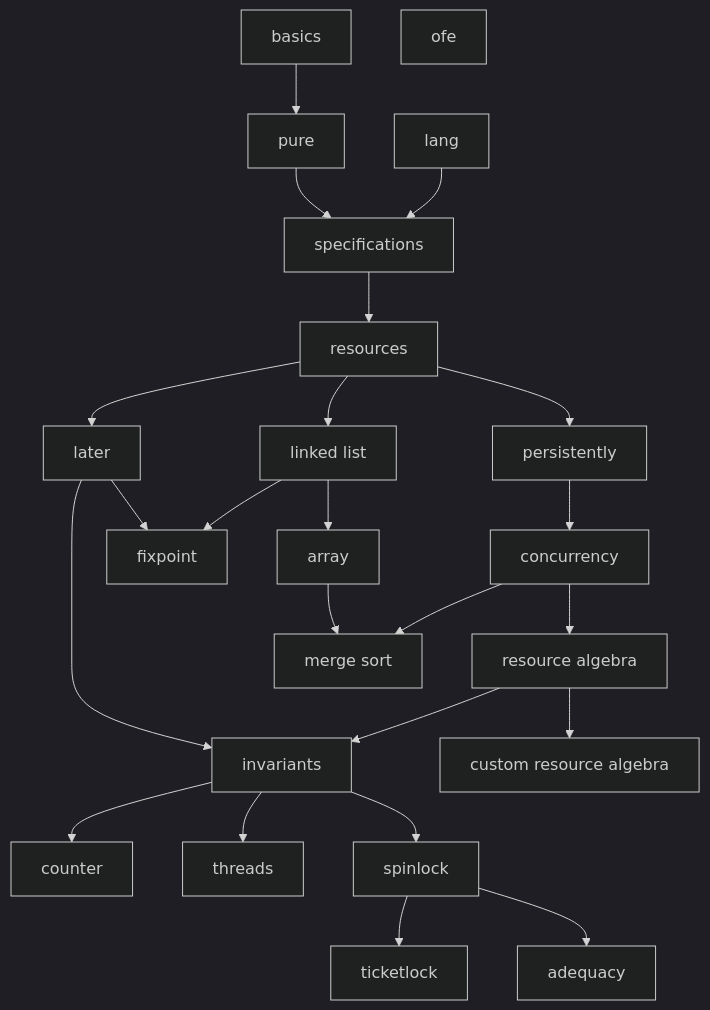
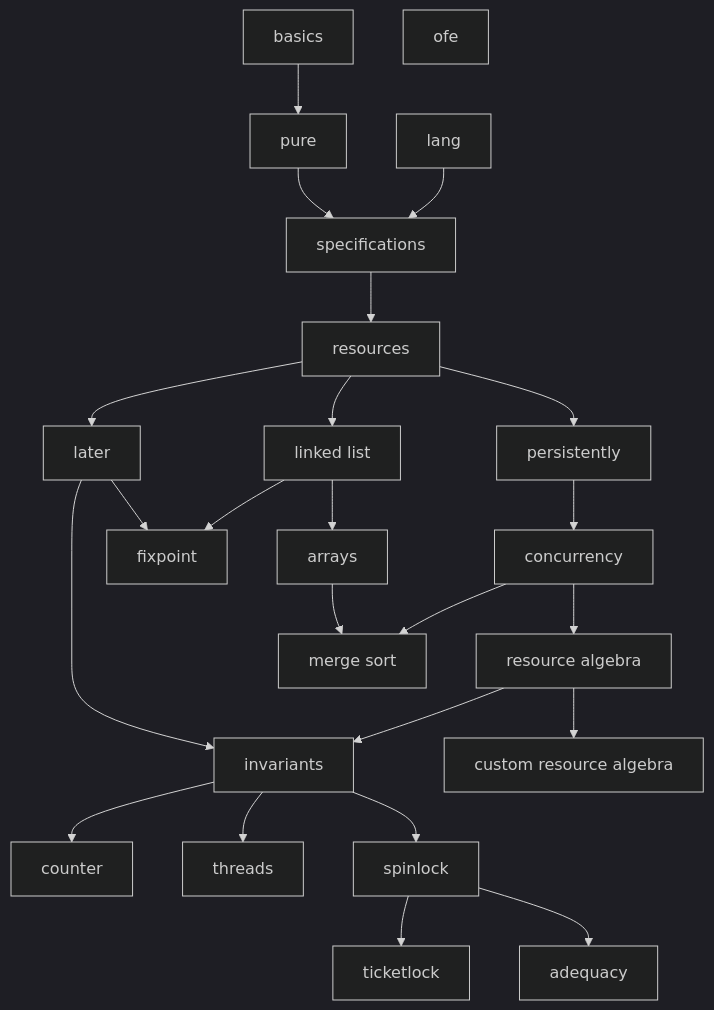
One commit to logsem/iris-tutorial changed the diagram in graph.md. Above: the diagram before and after it, drawn with Mermaid (dark theme). The commit also changed 4 other files, not shown here.

````diff
--- a/graph.md
+++ b/graph.md
@@ -1,31 +1,31 @@
 ```mermaid
 graph TD;
   basics --> pure;
   pure --> specs[specifications];
   lang --> specs;
   specs --> resources;
   resources --> pers[persistently];
   resources --> later;
   pers --> conc[concurrency];
   conc --> ra[resource algebra];
   later --> invariants;
   ra --> cst_ra[custom resource algebra];
   ra --> invariants;
 
   invariants --> counter;
   invariants --> threads;
   invariants --> spinlock;
 
   spinlock --> ticketlock;
   spinlock --> adequacy;
 
   resources --> linklist[linked list];
   later --> fix[fixpoint];
   linklist --> fix[fixpoint];
 
-  linklist --> array;
-  array --> merge[merge sort];
+  linklist --> arrays;
+  arrays --> merge[merge sort];
   conc --> merge;
 
   ofe;
 ```
````
